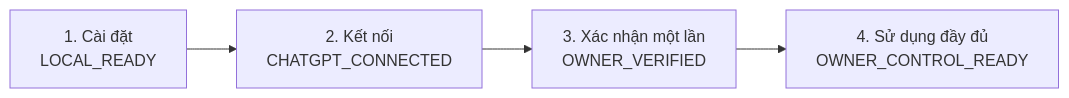
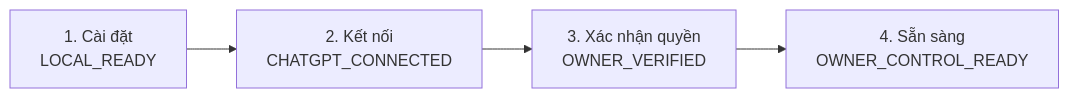
Before and after one commit to phuonghuster7/winowner-mcp: the second of 2 diagrams in docs/START_HERE.vi.md, drawn with Mermaid. The commit also changed other lines of this file and 4 other files, not shown here.

````diff
--- a/docs/START_HERE.vi.md
+++ b/docs/START_HERE.vi.md
@@ -52,6 +54,6 @@
 ```mermaid
 flowchart LR
   A["1. Cài đặt<br/>LOCAL_READY"] --> B["2. Kết nối<br/>CHATGPT_CONNECTED"]
-  B --> C["3. Xác nhận một lần<br/>OWNER_VERIFIED"]
-  C --> D["4. Sử dụng đầy đủ<br/>OWNER_CONTROL_READY"]
+  B --> C["3. Xác nhận quyền<br/>OWNER_VERIFIED"]
+  C --> D["4. Sẵn sàng<br/>OWNER_CONTROL_READY"]
 ```
````
